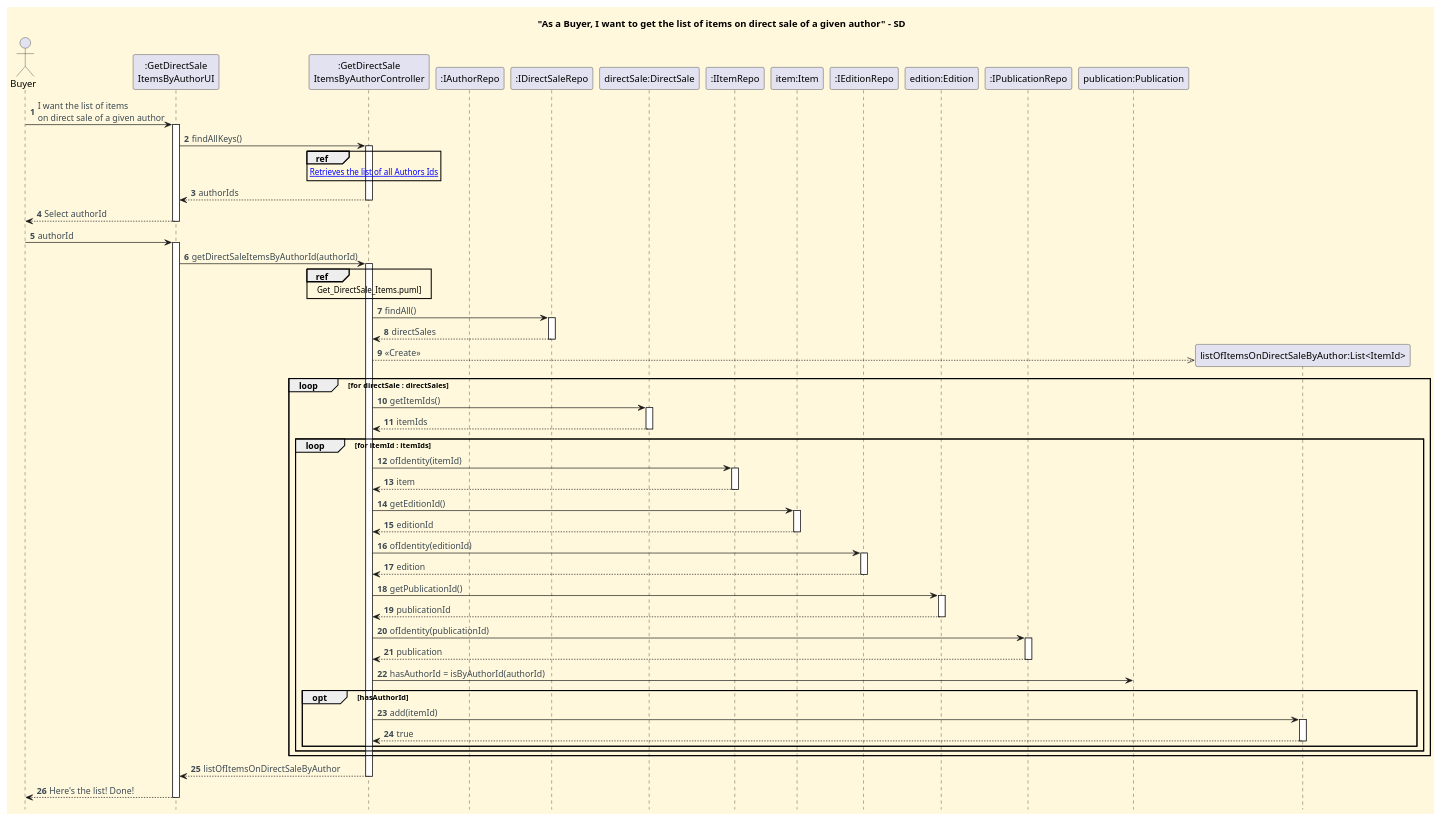
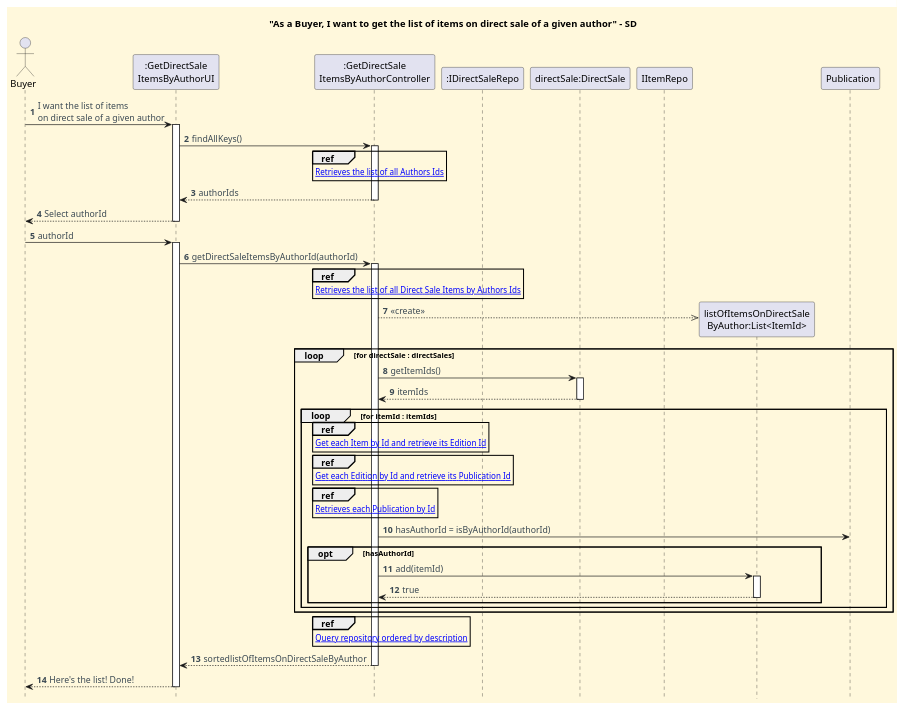
One commit to CarolinaLeite-collab/JavaMarketplacePlatform changed the diagram in docs/functionalities/buyer/get-list-of-items-on-direct-sale-of-given-author/Get_List_Of_Items_On_Direct_Sale_Of_Given_Author_SD_3.puml. Above: the diagram before and after it, drawn with PlantUML. The commit also changed 4 other files, not shown here.

Commit message:
docs: update direct sale SDs and add repository reference diagrams (#688)

```diff
--- a/docs/functionalities/buyer/get-list-of-items-on-direct-sale-of-given-author/Get_List_Of_Items_On_Direct_Sale_Of_Given_Author_SD_3.puml
+++ b/docs/functionalities/buyer/get-list-of-items-on-direct-sale-of-given-author/Get_List_Of_Items_On_Direct_Sale_Of_Given_Author_SD_3.puml
@@ -1,112 +1,100 @@
 @startuml
 title "As a Buyer, I want to get the list of items on direct sale of a given author" - SD
 hidefootbox
 
 skinparam shadowing false
 skinparam defaultFontName Futura
 skinparam objectFontSize 20
 skinparam backgroundColor CornSilk
 skinparam objectBackgroundColor WhiteSmoke
 skinparam ArrowFontColor #3B4953
 
 autonumber
 autoactivate off
 
 actor Buyer
 participant ":GetDirectSale\nItemsByAuthorUI" as UI
 participant ":GetDirectSale\nItemsByAuthorController" as CTL
-participant ":IAuthorRepo" as AR
 participant ":IDirectSaleRepo" as DSR
 participant "directSale:DirectSale" as DirectSale
-participant ":IItemRepo" as IR
-participant "item:Item" as Item
-participant ":IEditionRepo" as ER
-participant "edition:Edition" as Edition
-participant ":IPublicationRepo" as PR
-participant "publication:Publication" as Publication
-
+participant "IItemRepo"
+participant "listOfItemsOnDirectSale\nByAuthor:List<ItemId>" as LIST
 '==== UI interaction ====
 Buyer -> UI: I want the list of items \non direct sale of a given author
 activate UI
 
 '==== Use case execution ====
 UI -> CTL : findAllKeys()
 activate CTL
 ref over CTL
 [[sd-ref-diagrams/Get_Authors_Ids.puml Retrieves the list of all Authors Ids]]
 end ref
 
 
 
 CTL --> UI : authorIds
 deactivate CTL
 UI --> Buyer: Select authorId
 deactivate UI
 Buyer -> UI: authorId
 activate UI
 
 
 UI -> CTL: getDirectSaleItemsByAuthorId(authorId)
 activate CTL
 ref over CTL
-Get_DirectSale_Items.puml]
+[[sd-ref-diagrams/Get_DirectSale_Items.puml Retrieves the list of all Direct Sale Items by Authors Ids]]
 end ref
 
-CTL -> DSR: findAll()
-activate DSR
 
-DSR --> CTL: directSales
-deactivate DSR
-
-create "listOfItemsOnDirectSaleByAuthor:List<ItemId>"
-CTL -->> "listOfItemsOnDirectSaleByAuthor:List<ItemId>" : <<Create>>
+create LIST
+CTL -->> LIST : <<create>>
 
 loop for directSale : directSales
 CTL -> DirectSale : getItemIds()
 activate DirectSale
 DirectSale --> CTL : itemIds
 deactivate DirectSale
 
 loop for itemId : itemIds
-CTL -> IR : ofIdentity(itemId)
-activate IR
-IR --> CTL : item
-deactivate IR
-CTL -> Item : getEditionId()
-activate Item
-Item --> CTL : editionId
-deactivate Item
 
-CTL -> ER : ofIdentity(editionId)
-activate ER
-ER --> CTL : edition
-deactivate ER
-CTL -> Edition : getPublicationId()
-activate Edition
-Edition --> CTL : publicationId
-deactivate Edition
+ref over CTL
+[[sd-ref-diagrams/Get_Item_by_id.puml Get each Item by Id and retrieve its Edition Id]]
+end ref
 
-CTL -> PR : ofIdentity(publicationId)
-activate PR
-PR --> CTL : publication
-deactivate PR
+
+
+ref over CTL
+[[sd-ref-diagrams/Get_Edition_by_Id.puml Get each Edition by Id and retrieve its Publication Id]]
+end ref
+
+
+ref over CTL
+[[sd-ref-diagrams/Get_Publication_by_Id.puml Retrieves each Publication by Id]]
+end ref
+
 
 CTL -> Publication : hasAuthorId = isByAuthorId(authorId)
 
 opt hasAuthorId
-CTL -> "listOfItemsOnDirectSaleByAuthor:List<ItemId>" : add(itemId)
-activate "listOfItemsOnDirectSaleByAuthor:List<ItemId>"
-"listOfItemsOnDirectSaleByAuthor:List<ItemId>" --> CTL : true
-deactivate "listOfItemsOnDirectSaleByAuthor:List<ItemId>"
+CTL -> LIST : add(itemId)
+activate LIST
+LIST --> CTL : true
+deactivate LIST
 end
 end
 end
 
+ref over CTL
+[[sd-ref-diagrams/Query_Repo.puml Query repository ordered by description]]
+end ref
 
-CTL --> UI: listOfItemsOnDirectSaleByAuthor
+
+
+CTL --> UI: sortedlistOfItemsOnDirectSaleByAuthor
 deactivate CTL
 
 UI --> Buyer: Here's the list! Done!
 deactivate UI
 
 @enduml
```
